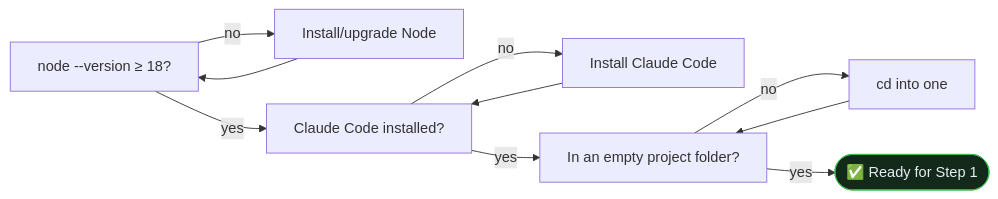
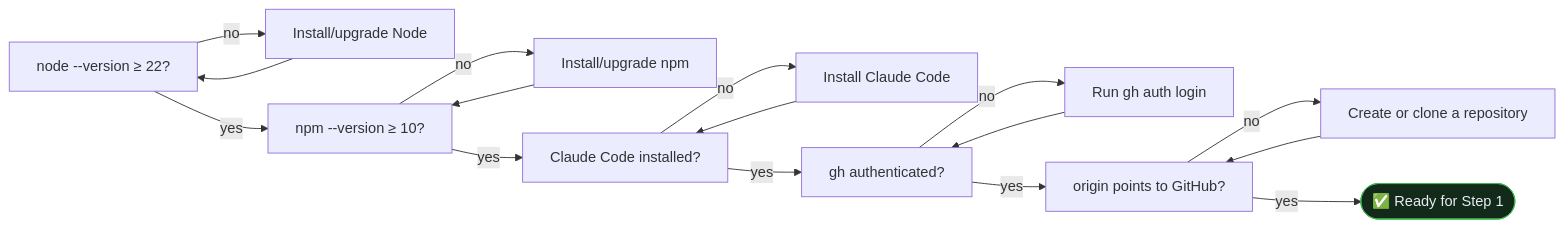
One commit to GSD-redux/get-shit-done-redux changed the third of 6 diagrams in docs/tutorials/your-first-project.md. Above: the diagram before and after it, drawn with Mermaid. The commit also changed other lines of this file, not shown here.

````diff
--- a/docs/tutorials/your-first-project.md
+++ b/docs/tutorials/your-first-project.md
@@ -136,11 +149,15 @@
 ```mermaid
 flowchart LR
-    A[node --version ≥ 18?] -->|no| A1[Install/upgrade Node] --> A
-    A -->|yes| B[Claude Code installed?]
-    B -->|no| B1[Install Claude Code] --> B
-    B -->|yes| C[In an empty project folder?]
-    C -->|no| C1[cd into one] --> C
-    C -->|yes| R([✅ Ready for Step 1])
+    A[node --version ≥ 22?] -->|no| A1[Install/upgrade Node] --> A
+    A -->|yes| B[npm --version ≥ 10?]
+    B -->|no| B1[Install/upgrade npm] --> B
+    B -->|yes| C[Claude Code installed?]
+    C -->|no| C1[Install Claude Code] --> C
+    C -->|yes| D[gh authenticated?]
+    D -->|no| D1[Run gh auth login] --> D
+    D -->|yes| E[origin points to GitHub?]
+    E -->|no| E1[Create or clone a repository] --> E
+    E -->|yes| R([✅ Ready for Step 1])
     classDef ok fill:#132a1a,stroke:#3fb950,color:#e6edf3;
     class R ok;
 ```
````
